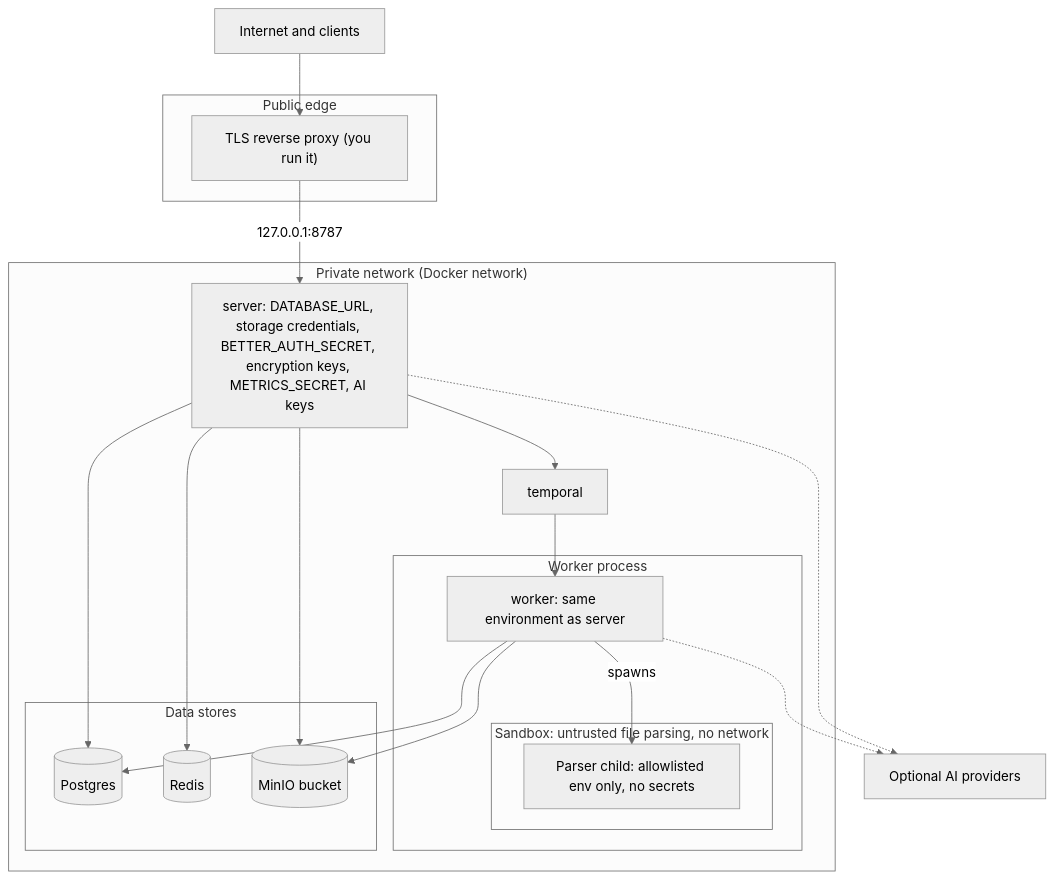
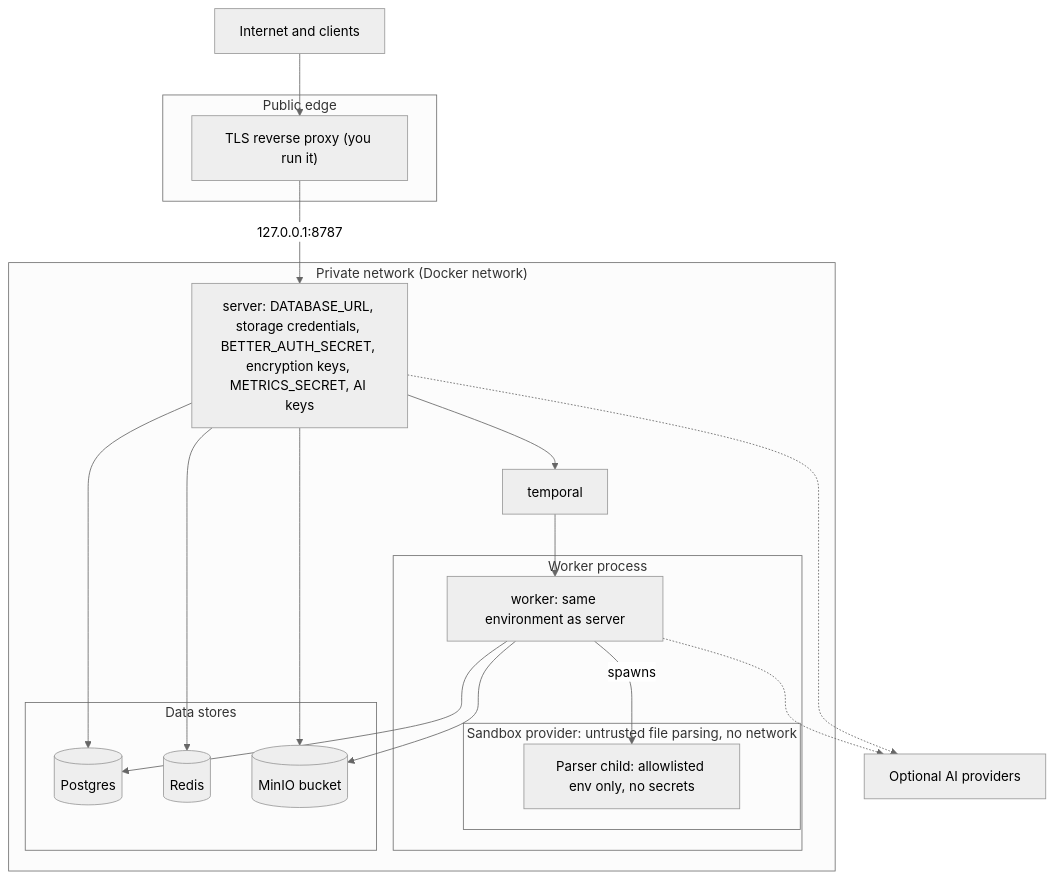
One commit to DocSlurp/docslurp-oss changed the third of 4 diagrams in docs/self-host/architecture.md. Above: the diagram before and after it, drawn with Mermaid (neutral theme). The commit also changed other lines of this file and 7 other files, not shown here.

````diff
--- a/docs/self-host/architecture.md
+++ b/docs/self-host/architecture.md
@@ -79,36 +79,36 @@
 ```mermaid
 flowchart TB
   internet["Internet and clients"]
   subgraph edge["Public edge"]
     proxy["TLS reverse proxy (you run it)"]
   end
   subgraph private["Private network (Docker network)"]
     server["server: DATABASE_URL, storage credentials, BETTER_AUTH_SECRET, encryption keys, METRICS_SECRET, AI keys"]
     temporal["temporal"]
     subgraph workerproc["Worker process"]
       worker["worker: same environment as server"]
-      subgraph sandbox["Sandbox: untrusted file parsing, no network"]
+      subgraph sandbox["Sandbox provider: untrusted file parsing, no network"]
         parser["Parser child: allowlisted env only, no secrets"]
       end
     end
     subgraph data["Data stores"]
       pg[("Postgres")]
       redis[("Redis")]
       minio[("MinIO bucket")]
     end
   end
   providers["Optional AI providers"]
 
   internet --> proxy
   proxy -->|"127.0.0.1:8787"| server
   server --> pg
   server --> redis
   server --> minio
   server --> temporal
   temporal --> worker
   worker --> pg
   worker --> minio
   worker -->|"spawns"| parser
   server -.-> providers
   worker -.-> providers
 ```
````
